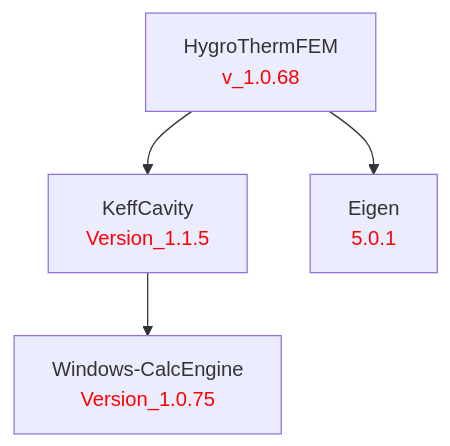
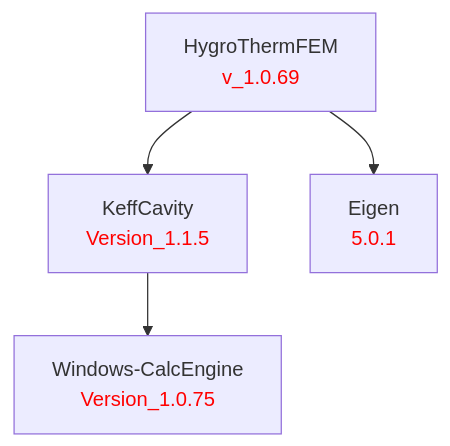
One commit to LBNL-ETA/HygroThermFEM changed the diagram in doc/HygroThermFEM.md. Above: the diagram before and after it, drawn with Mermaid. The commit also changed 1 other file, not shown here.

Commit message:
Bump to v_1.0.69

````diff
--- a/doc/HygroThermFEM.md
+++ b/doc/HygroThermFEM.md
@@ -1,13 +1,13 @@
 ```mermaid
 graph TD
     %% Package definitions
-    HygroThermFEM[HygroThermFEM<br/><font color='red'>v_1.0.68</font>]
+    HygroThermFEM[HygroThermFEM<br/><font color='red'>v_1.0.69</font>]
     KeffCavity[KeffCavity<br/><font color='red'>Version_1.1.5</font>]
     Eigen[Eigen<br/><font color='red'>5.0.1</font>]
     WindowsCalcEngine[Windows-CalcEngine<br/><font color='red'>Version_1.0.75</font>]
 
     %% Package relations
     HygroThermFEM --> KeffCavity
     HygroThermFEM --> Eigen
     KeffCavity --> WindowsCalcEngine
 ```
````
